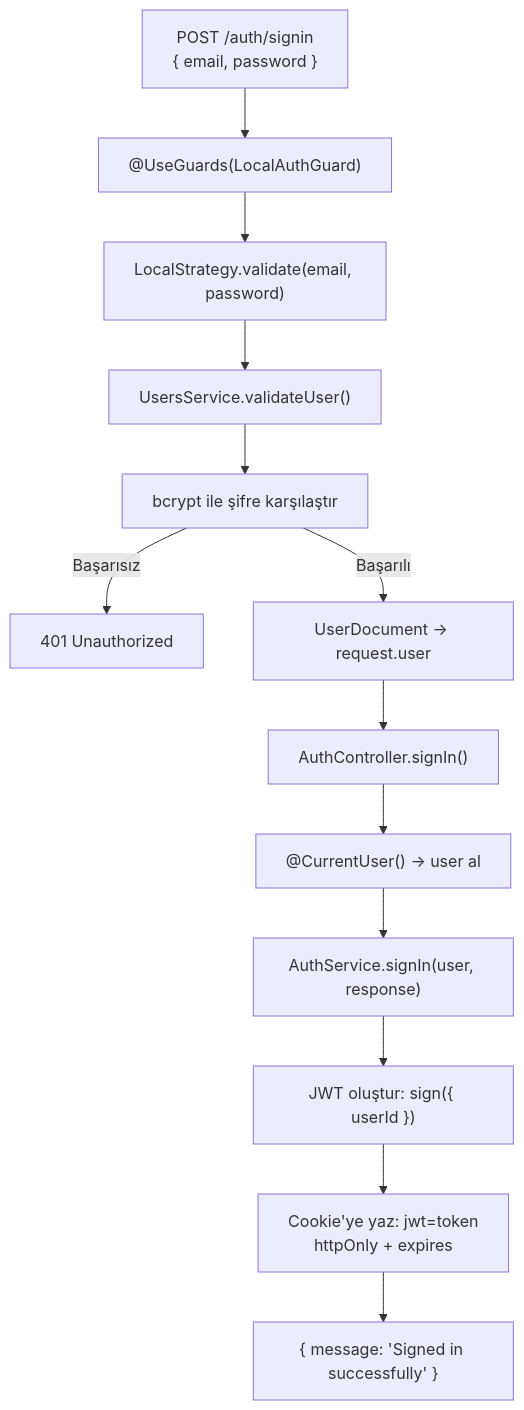
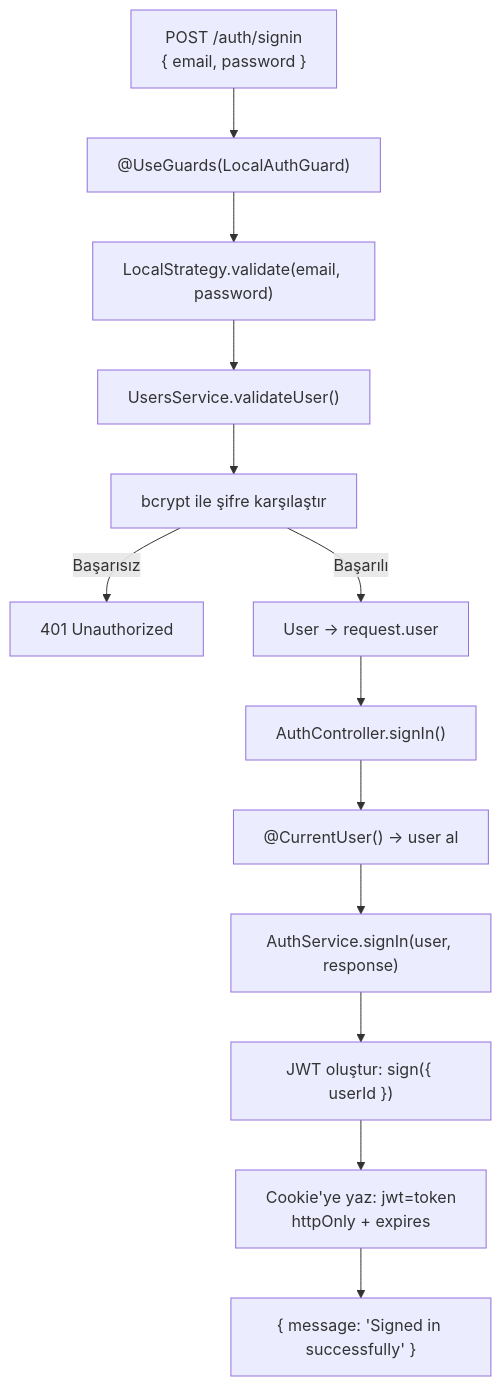
The fifth of 7 diagrams in docs/AUTH_FLOW.md (HuseyinKaraman/nestjs-microservice), drawn with Mermaid before and after one commit. The commit also changed other lines of this file and 37 other files, not shown here.

````diff
--- a/docs/AUTH_FLOW.md
+++ b/docs/AUTH_FLOW.md
@@ -137,15 +137,15 @@
 ```mermaid
 flowchart TD
     A["POST /auth/signin\n{ email, password }"] --> B["@UseGuards(LocalAuthGuard)"]
     B --> C["LocalStrategy.validate(email, password)"]
     C --> D["UsersService.validateUser()"]
     D --> E["bcrypt ile şifre karşılaştır"]
     E -->|Başarısız| Z["401 Unauthorized"]
-    E -->|Başarılı| F["UserDocument → request.user"]
+    E -->|Başarılı| F["User → request.user"]
     F --> G["AuthController.signIn()"]
     G --> H["@CurrentUser() → user al"]
     H --> I["AuthService.signIn(user, response)"]
     I --> J["JWT oluştur: sign({ userId })"]
     J --> K["Cookie'ye yaz: jwt=token\nhttpOnly + expires"]
     K --> L["{ message: 'Signed in successfully' }"]
 ```
````
